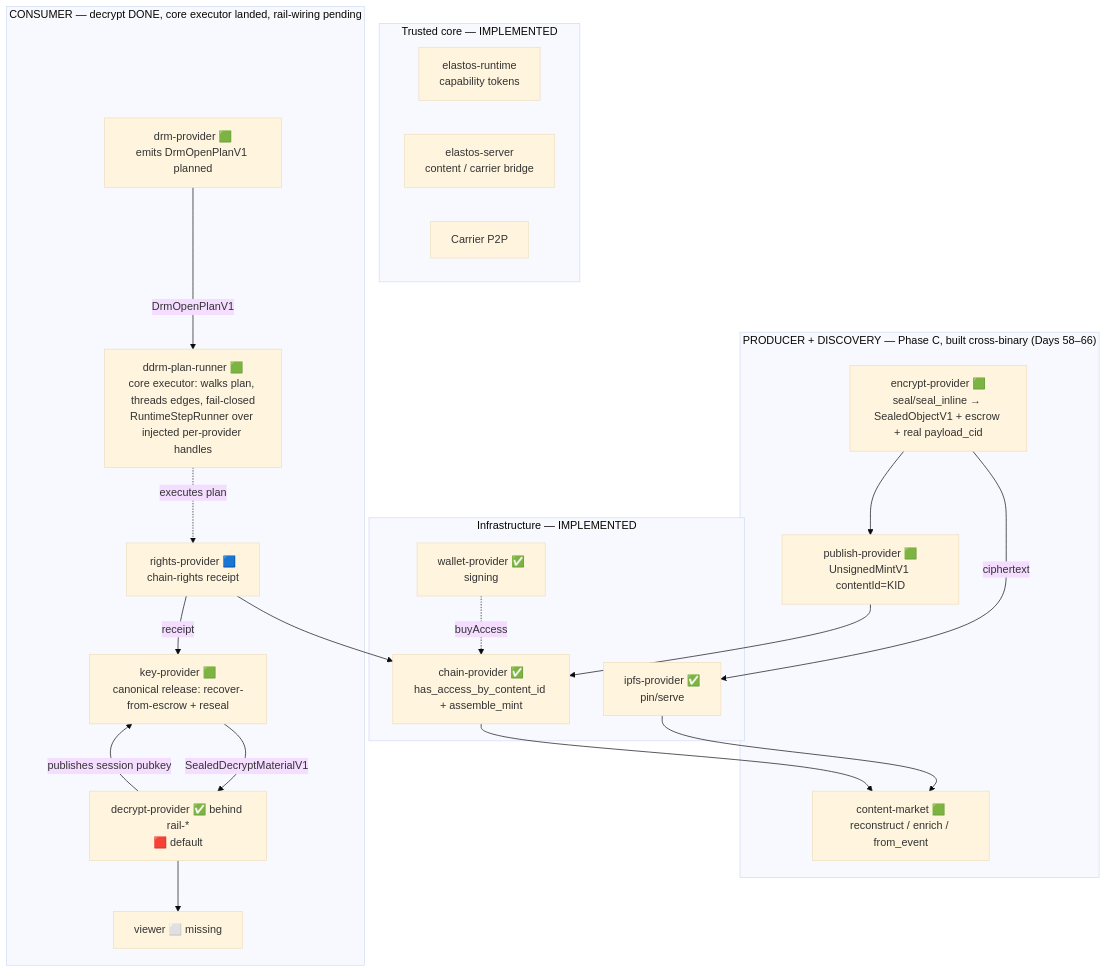
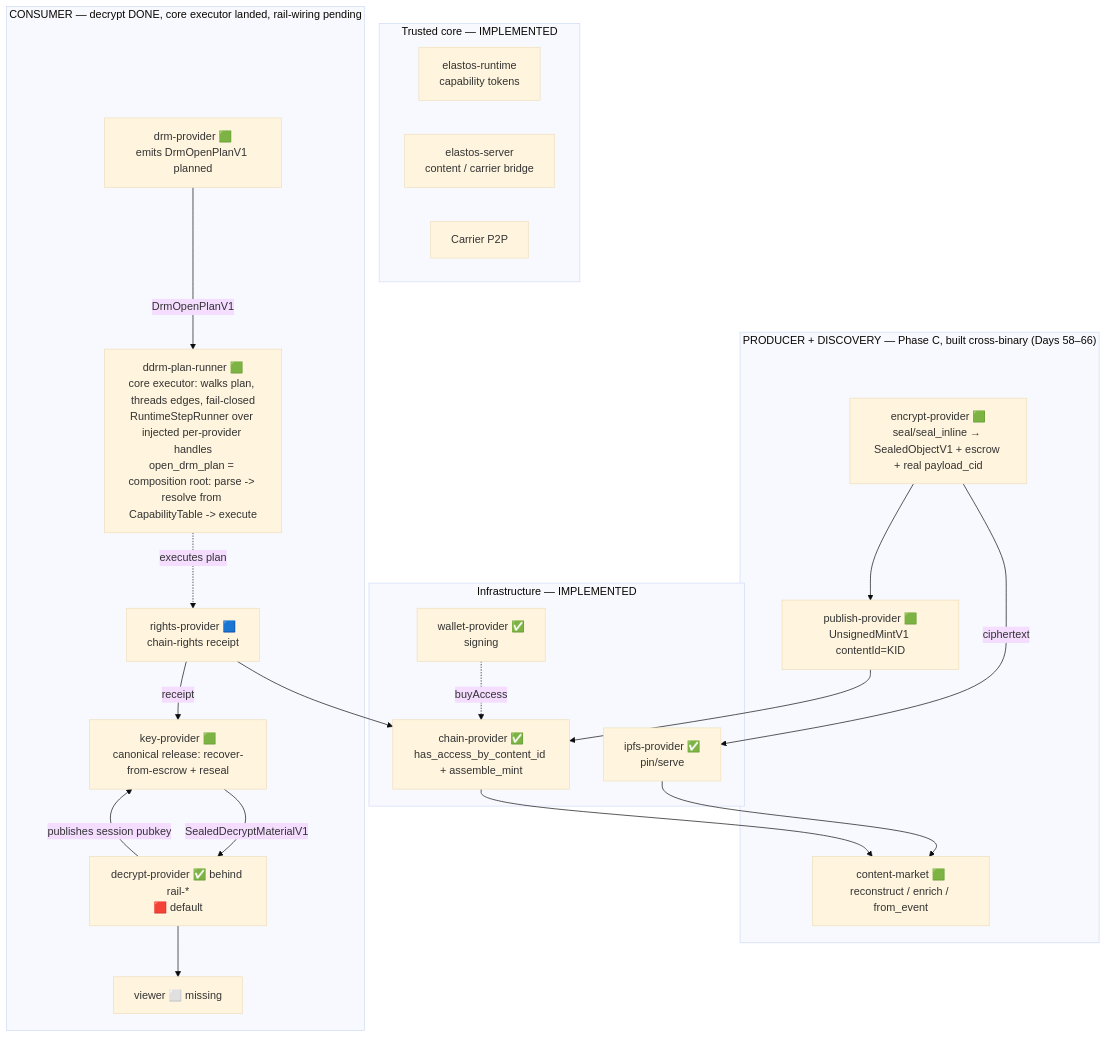
One commit to Elacity/elastos-runtime changed the first of 2 diagrams in docs/convergence/SYSTEM_ARCHITECTURE_MAP.md. Above: the diagram before and after it, drawn with Mermaid (base theme). The commit also changed other lines of this file and 6 other files, not shown here.

````diff
--- a/docs/convergence/SYSTEM_ARCHITECTURE_MAP.md
+++ b/docs/convergence/SYSTEM_ARCHITECTURE_MAP.md
@@ -122,34 +122,34 @@
 ```mermaid
 flowchart TB
   subgraph core["Trusted core — IMPLEMENTED"]
     RT[elastos-runtime<br/>capability tokens]
     SRV[elastos-server<br/>content / carrier bridge]
     CAR[Carrier P2P]
   end
   subgraph infra["Infrastructure — IMPLEMENTED"]
     IPFS[ipfs-provider ✅<br/>pin/serve]
     CHN[chain-provider ✅<br/>has_access_by_content_id + assemble_mint]
     WLT[wallet-provider ✅<br/>signing]
   end
   subgraph prod["PRODUCER + DISCOVERY — Phase C, built cross-binary (Days 58–66)"]
     ENC[encrypt-provider 🟩<br/>seal/seal_inline → SealedObjectV1 + escrow + real payload_cid]
     PUBP[publish-provider 🟩<br/>UnsignedMintV1 contentId=KID]
     MKT[content-market 🟩<br/>reconstruct / enrich / from_event]
   end
   subgraph cons["CONSUMER — decrypt DONE, core executor landed, rail-wiring pending"]
     DRM[drm-provider 🟩<br/>emits DrmOpenPlanV1 planned]
-    CORE[ddrm-plan-runner 🟩<br/>core executor: walks plan, threads edges, fail-closed<br/>RuntimeStepRunner over injected per-provider handles]
+    CORE[ddrm-plan-runner 🟩<br/>core executor: walks plan, threads edges, fail-closed<br/>RuntimeStepRunner over injected per-provider handles<br/>open_drm_plan = composition root: parse -> resolve from CapabilityTable -> execute]
     RTS[rights-provider 🟦<br/>chain-rights receipt]
     KEY[key-provider 🟩<br/>canonical release: recover-from-escrow + reseal]
     DEC[decrypt-provider ✅ behind rail-*<br/>🟥 default]
     VIEW[viewer ⬜ missing]
   end
   ENC --> PUBP --> CHN
   ENC -->|ciphertext| IPFS --> MKT
   CHN --> MKT
   WLT -. buyAccess .-> CHN
   DRM -->|DrmOpenPlanV1| CORE
   CORE -. executes plan .-> RTS --> CHN
   RTS -->|receipt| KEY -->|SealedDecryptMaterialV1| DEC --> VIEW
   DEC -->|publishes session pubkey| KEY
 ```
````
